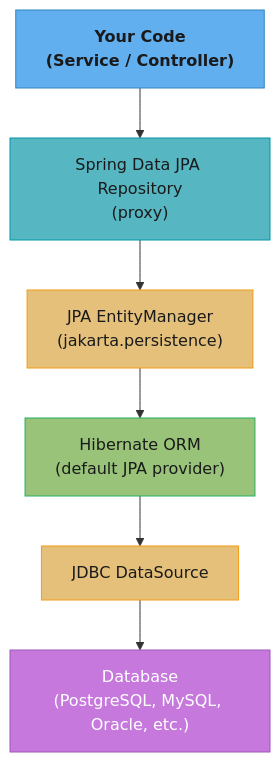
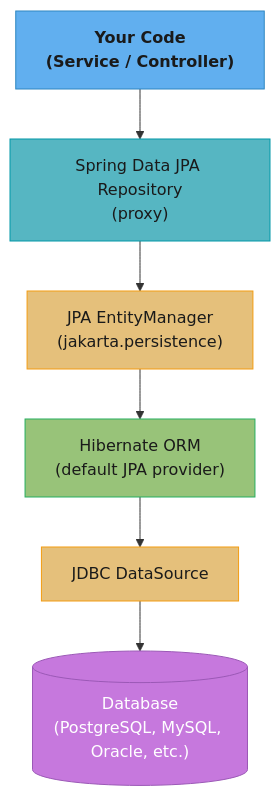
One commit to rppol/system-design changed the first of 6 diagrams in src/main/java/com/rutik/systemdesign/spring/spring_data_jpa/README.md. Above: the diagram before and after it, drawn with Mermaid. The commit also changed other lines of this file, not shown here.

Commit message:
chore(diagrams): product logos + ascii sweep in spring_data_jpa/README.md

````diff
--- a/src/main/java/com/rutik/systemdesign/spring/spring_data_jpa/README.md
+++ b/src/main/java/com/rutik/systemdesign/spring/spring_data_jpa/README.md
@@ -11,22 +11,22 @@
 ```mermaid
 flowchart TD
     classDef io      fill:#61afef,stroke:#2e86c1,color:#1a1a1a,font-weight:bold
     classDef frozen  fill:#c678dd,stroke:#9b59b6,color:#fff
     classDef train   fill:#98c379,stroke:#27ae60,color:#1a1a1a
     classDef mathOp  fill:#d19a66,stroke:#e67e22,color:#1a1a1a,font-weight:bold
     classDef req     fill:#56b6c2,stroke:#0097a7,color:#1a1a1a
     classDef base    fill:#e5c07b,stroke:#f39c12,color:#1a1a1a
 
     A["Your Code\n(Service / Controller)"] --> B["Spring Data JPA Repository\n(proxy)"]
     B --> C["JPA EntityManager\n(jakarta.persistence)"]
     C --> D["Hibernate ORM\n(default JPA provider)"]
     D --> E["JDBC DataSource"]
-    E --> F["Database\n(PostgreSQL, MySQL, Oracle, etc.)"]
+    E --> F[("Database\n(PostgreSQL, MySQL, Oracle, etc.)")]
 
     class A io
     class B req
     class C base
     class D train
     class E base
     class F frozen
 ```
````
